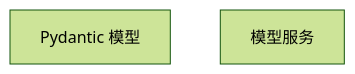
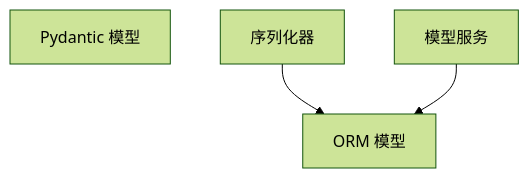
One commit to liceses/ds-demos-showcase changed the diagram in docs/model/graph-domain.md. Above: the diagram before and after it, drawn with Mermaid (forest theme). The commit also changed other lines of this file and 5 other files, not shown here.

````diff
--- a/docs/model/graph-domain.md
+++ b/docs/model/graph-domain.md
@@ -5,5 +5,9 @@
 ```mermaid
 flowchart TD
+    models["ORM 模型"]
     schemas["Pydantic 模型"]
+    serializers["序列化器"]
     services_model_service["模型服务"]
+    serializers --> models
+    services_model_service --> models
 ```
````
